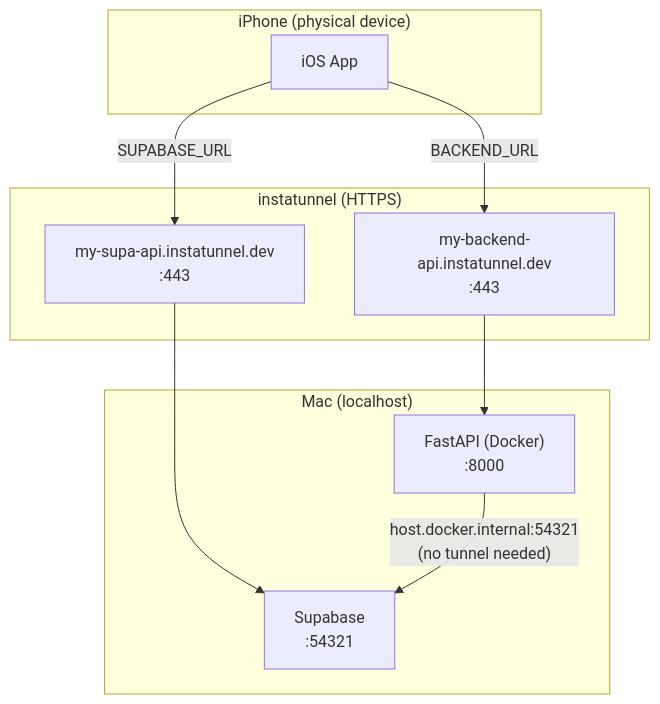
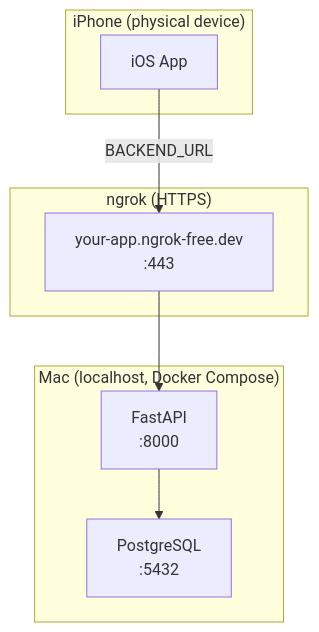
One commit to DFly7/ios-fastapi-selfhosted changed the diagram in local-setup.md. Above: the diagram before and after it, drawn with Mermaid. The commit also changed other lines of this file, not shown here.

````diff
--- a/local-setup.md
+++ b/local-setup.md
@@ -162,22 +127,19 @@
 ```mermaid
 flowchart TD
     subgraph device["iPhone (physical device)"]
         iOS["iOS App"]
     end
 
-    subgraph tunnels["instatunnel (HTTPS)"]
-        ST["my-supa-api.instatunnel.dev\n:443"]
-        BT["my-backend-api.instatunnel.dev\n:443"]
+    subgraph tunnel["ngrok (HTTPS)"]
+        NG["your-app.ngrok-free.dev\n:443"]
     end
 
-    subgraph host["Mac (localhost)"]
-        SB["Supabase\n:54321"]
-        BE["FastAPI (Docker)\n:8000"]
+    subgraph host["Mac (localhost, Docker Compose)"]
+        BE["FastAPI\n:8000"]
+        DB["PostgreSQL\n:5432"]
     end
 
-    iOS -->|"SUPABASE_URL"| ST
-    iOS -->|"BACKEND_URL"| BT
-    ST --> SB
-    BT --> BE
-    BE -->|"host.docker.internal:54321\n(no tunnel needed)"| SB
+    iOS -->|"BACKEND_URL"| NG
+    NG --> BE
+    BE --> DB
 ```
````
